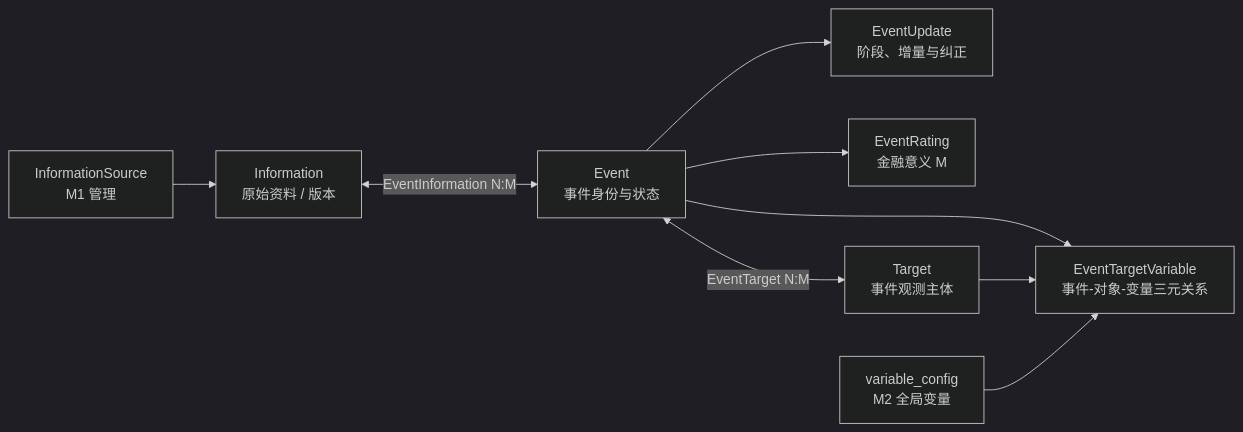
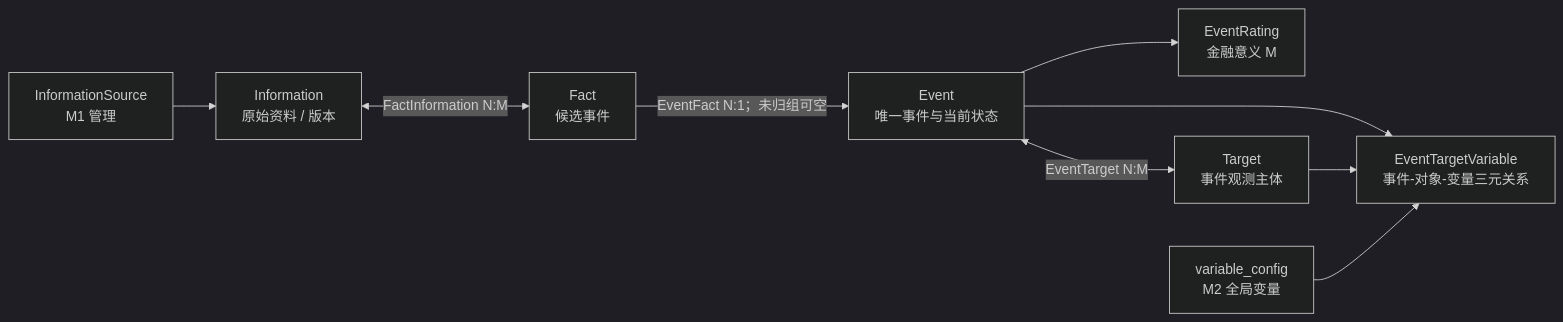
Diagram 11 of 18 in tools/RiskHot/docs/system-design/03-系统功能架构/系统功能架构总览.md (caojingwen1996/obsidian_kb), drawn with Mermaid (dark theme) before and after one commit. The commit also changed other lines of this file and 278 other files, not shown here.

````diff
--- a/tools/RiskHot/docs/system-design/03-系统功能架构/系统功能架构总览.md
+++ b/tools/RiskHot/docs/system-design/03-系统功能架构/系统功能架构总览.md
@@ -909,11 +911,11 @@
 ```mermaid
 flowchart LR
     SRC[InformationSource<br/>M1 管理] --> INFO[Information<br/>原始资料 / 版本]
-    INFO <-->|EventInformation N:M| EVT[Event<br/>事件身份与状态]
-    EVT --> UPD[EventUpdate<br/>阶段、增量与纠正]
+    INFO <-->|FactInformation N:M| FACT[Fact<br/>候选事件]
+    FACT -->|EventFact N:1；未归组可空| EVT[Event<br/>唯一事件与当前状态]
     EVT --> RATING[EventRating<br/>金融意义 M]
     EVT <-->|EventTarget N:M| TARGET[Target<br/>事件观测主体]
     EVT --> ETV[EventTargetVariable<br/>事件-对象-变量三元关系]
     TARGET --> ETV
     VAR[variable_config<br/>M2 全局变量] --> ETV
 ```
````
